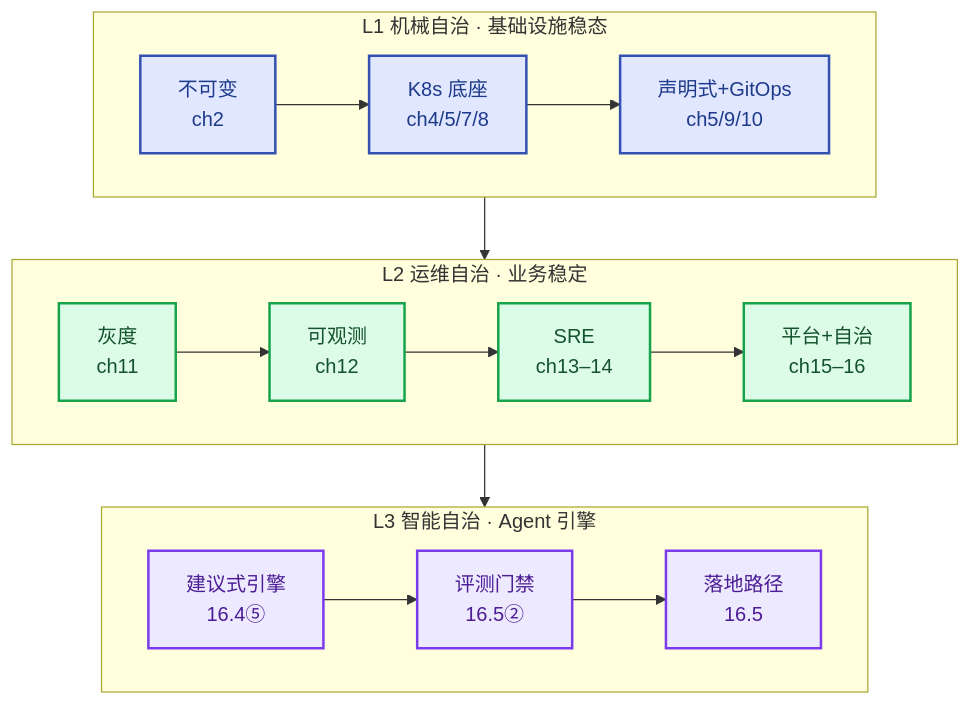
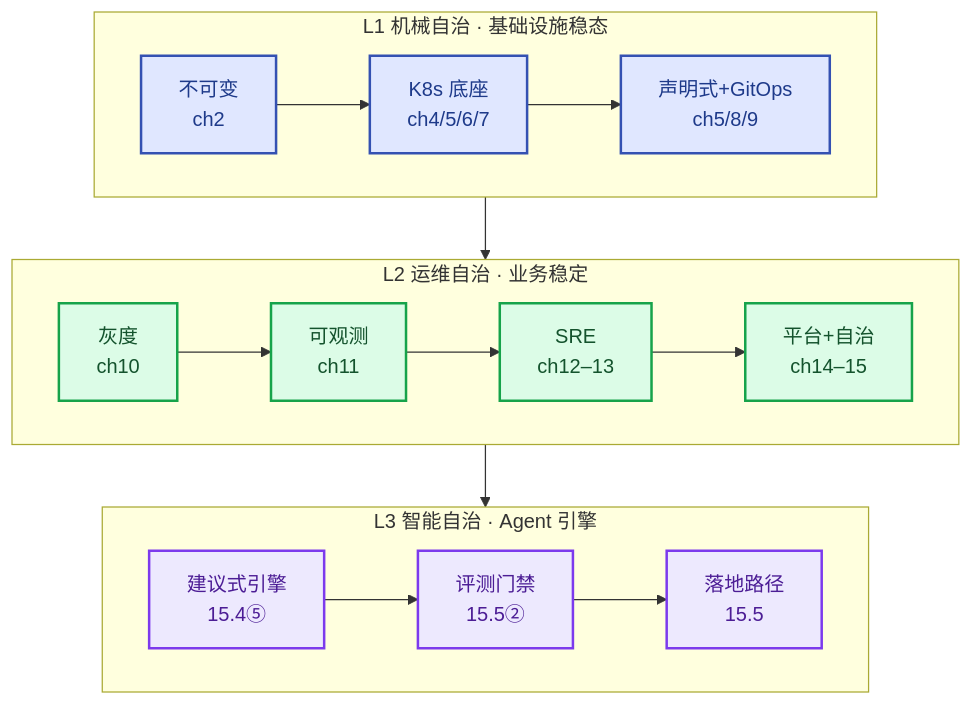
One commit to jackiesre721/ai-native-ops changed the diagram in docs/README.md. Above: the diagram before and after it, drawn with Mermaid. The commit also changed other lines of this file and 23 other files, not shown here.

````diff
--- a/docs/README.md
+++ b/docs/README.md
@@ -91,23 +68,23 @@
 ```mermaid
 flowchart TB
     subgraph L1["L1 机械自治 · 基础设施稳态"]
       direction LR
-      A1["不可变<br/>ch2"] --> A2["K8s 底座<br/>ch4/5/7/8"] --> A3["声明式+GitOps<br/>ch5/9/10"]
+      A1["不可变<br/>ch2"] --> A2["K8s 底座<br/>ch4/5/6/7"] --> A3["声明式+GitOps<br/>ch5/8/9"]
     end
     subgraph L2["L2 运维自治 · 业务稳定"]
       direction LR
-      B1["灰度<br/>ch11"] --> B2["可观测<br/>ch12"] --> B3["SRE<br/>ch13–14"] --> B4["平台+自治<br/>ch15–16"]
+      B1["灰度<br/>ch10"] --> B2["可观测<br/>ch11"] --> B3["SRE<br/>ch12–13"] --> B4["平台+自治<br/>ch14–15"]
     end
     subgraph L3["L3 智能自治 · Agent 引擎"]
       direction LR
-      C1["建议式引擎<br/>16.4⑤"] --> C2["评测门禁<br/>16.5②"] --> C3["落地路径<br/>16.5"]
+      C1["建议式引擎<br/>15.4⑤"] --> C2["评测门禁<br/>15.5②"] --> C3["落地路径<br/>15.5"]
     end
     A3 --> B1
     B4 --> C1
     classDef l1 fill:#e0e7ff,stroke:#3451b2,color:#1e3a8a,stroke-width:2px
     classDef l2 fill:#dcfce7,stroke:#16a34a,color:#14532d,stroke-width:2px
     classDef l3 fill:#ede9fe,stroke:#7c3aed,color:#4c1d95,stroke-width:2px
     class A1,A2,A3 l1
     class B1,B2,B3,B4 l2
     class C1,C2,C3 l3
 ```
````
